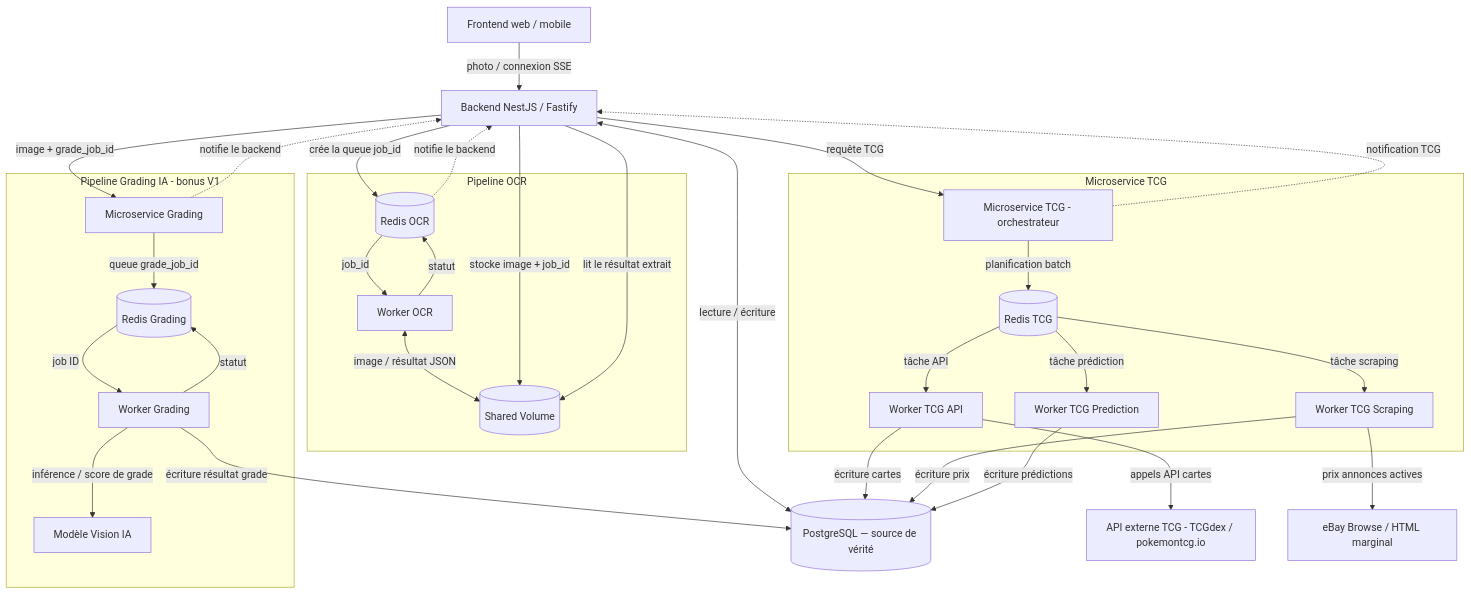
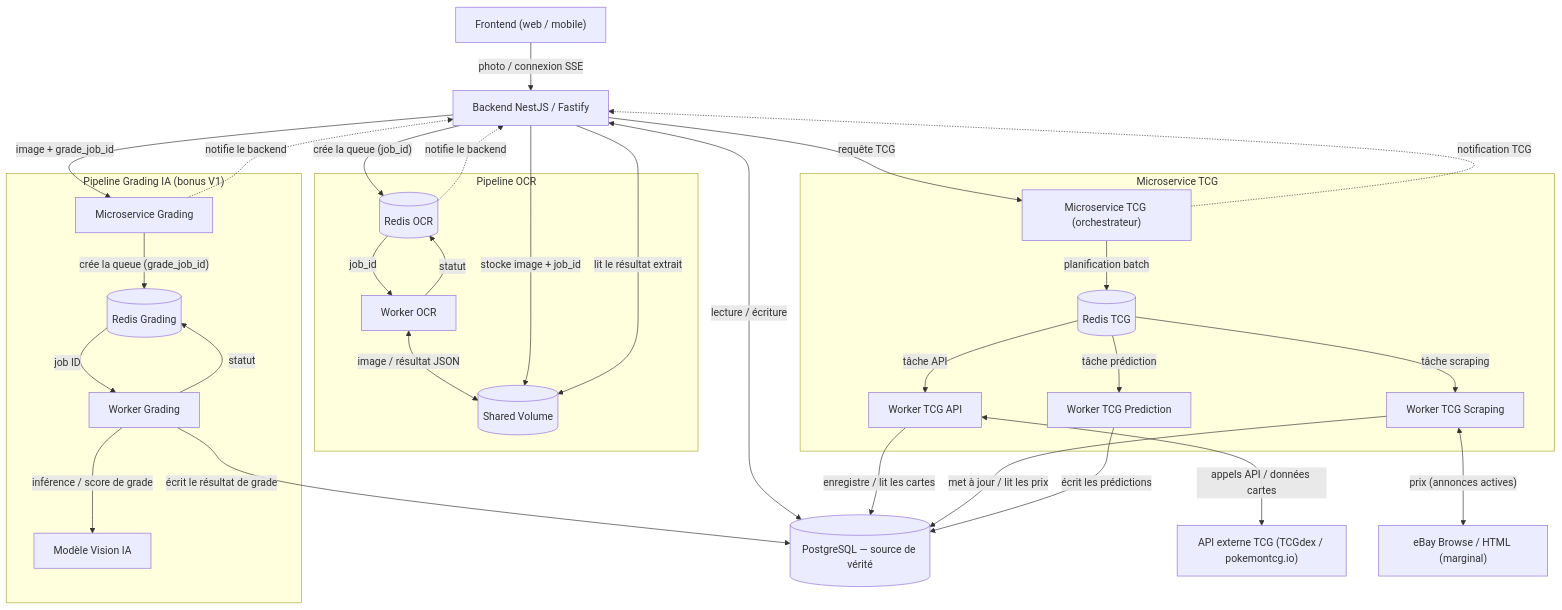
One commit to Collectionr/collectionr_epitech changed the diagram in docs/microservices/architecture_microservices.md. Above: the diagram before and after it, drawn with Mermaid. The commit also changed other lines of this file and 5 other files, not shown here.

First line of the commit message:
docs(microservices): ajoute les sources web en fin de fichiers + fiabilise le schéma archi (COLLR-398)

````diff
--- a/docs/microservices/architecture_microservices.md
+++ b/docs/microservices/architecture_microservices.md
@@ -35,55 +35,55 @@
 ```mermaid
 flowchart TB
-    FE[Frontend web / mobile]
-    BE[Backend NestJS / Fastify]
-    DB[(PostgreSQL — source de vérité)]
+    FE["Frontend (web / mobile)"]
+    BE["Backend NestJS / Fastify"]
+    DB[("PostgreSQL — source de vérité")]
 
-    FE -->|photo / connexion SSE| BE
-    BE <-->|lecture / écriture| DB
+    FE -->|"photo / connexion SSE"| BE
+    BE <-->|"lecture / écriture"| DB
 
-    subgraph TCG[Microservice TCG]
-        MTCG[Microservice TCG - orchestrateur]
-        RTCG[(Redis TCG)]
-        WAPI[Worker TCG API]
-        WSCR[Worker TCG Scraping]
-        WPRED[Worker TCG Prediction]
-        MTCG -->|planification batch| RTCG
-        RTCG -->|tâche API| WAPI
-        RTCG -->|tâche scraping| WSCR
-        RTCG -->|tâche prédiction| WPRED
+    subgraph TCG["Microservice TCG"]
+        MTCG["Microservice TCG (orchestrateur)"]
+        RTCG[("Redis TCG")]
+        WAPI["Worker TCG API"]
+        WSCR["Worker TCG Scraping"]
+        WPRED["Worker TCG Prediction"]
+        MTCG -->|"planification batch"| RTCG
+        RTCG -->|"tâche API"| WAPI
+        RTCG -->|"tâche scraping"| WSCR
+        RTCG -->|"tâche prédiction"| WPRED
     end
-    BE -->|requête TCG| MTCG
-    MTCG -.->|notification TCG| BE
-    WAPI -->|appels API cartes| EXT[API externe TCG - TCGdex / pokemontcg.io]
-    WSCR -->|prix annonces actives| MKT[eBay Browse / HTML marginal]
-    WAPI -->|écriture cartes| DB
-    WSCR -->|écriture prix| DB
-    WPRED -->|écriture prédictions| DB
+    BE -->|"requête TCG"| MTCG
+    MTCG -.->|"notification TCG"| BE
+    WAPI <-->|"appels API / données cartes"| EXT["API externe TCG (TCGdex / pokemontcg.io)"]
+    WSCR <-->|"prix (annonces actives)"| MKT["eBay Browse / HTML (marginal)"]
+    WAPI -->|"enregistre / lit les cartes"| DB
+    WSCR -->|"met à jour / lit les prix"| DB
+    WPRED -->|"écrit les prédictions"| DB
 
-    subgraph OCR[Pipeline OCR]
-        SV[(Shared Volume)]
-        ROCR[(Redis OCR)]
-        WOCR[Worker OCR]
-        ROCR -->|job_id| WOCR
-        WOCR -->|statut| ROCR
-        WOCR <-->|image / résultat JSON| SV
+    subgraph OCR["Pipeline OCR"]
+        SV[("Shared Volume")]
+        ROCR[("Redis OCR")]
+        WOCR["Worker OCR"]
+        ROCR -->|"job_id"| WOCR
+        WOCR -->|"statut"| ROCR
+        WOCR <-->|"image / résultat JSON"| SV
     end
-    BE -->|stocke image + job_id| SV
-    BE -->|crée la queue job_id| ROCR
-    ROCR -.->|notifie le backend| BE
-    BE -->|lit le résultat extrait| SV
+    BE -->|"stocke image + job_id"| SV
+    BE -->|"crée la queue (job_id)"| ROCR
+    ROCR -.->|"notifie le backend"| BE
+    BE -->|"lit le résultat extrait"| SV
 
-    subgraph GRAD[Pipeline Grading IA - bonus V1]
-        MGRAD[Microservice Grading]
-        RGRAD[(Redis Grading)]
-        WGRAD[Worker Grading]
-        VIS[Modèle Vision IA]
-        MGRAD -->|queue grade_job_id| RGRAD
-        RGRAD -->|job ID| WGRAD
-        WGRAD -->|statut| RGRAD
-        WGRAD -->|inférence / score de grade| VIS
+    subgraph GRAD["Pipeline Grading IA (bonus V1)"]
+        MGRAD["Microservice Grading"]
+        RGRAD[("Redis Grading")]
+        WGRAD["Worker Grading"]
+        VIS["Modèle Vision IA"]
+        MGRAD -->|"crée la queue (grade_job_id)"| RGRAD
+        RGRAD -->|"job ID"| WGRAD
+        WGRAD -->|"statut"| RGRAD
+        WGRAD -->|"inférence / score de grade"| VIS
     end
-    BE -->|image + grade_job_id| MGRAD
-    MGRAD -.->|notifie le backend| BE
-    WGRAD -->|écriture résultat grade| DB
+    BE -->|"image + grade_job_id"| MGRAD
+    MGRAD -.->|"notifie le backend"| BE
+    WGRAD -->|"écrit le résultat de grade"| DB
 ```
````
